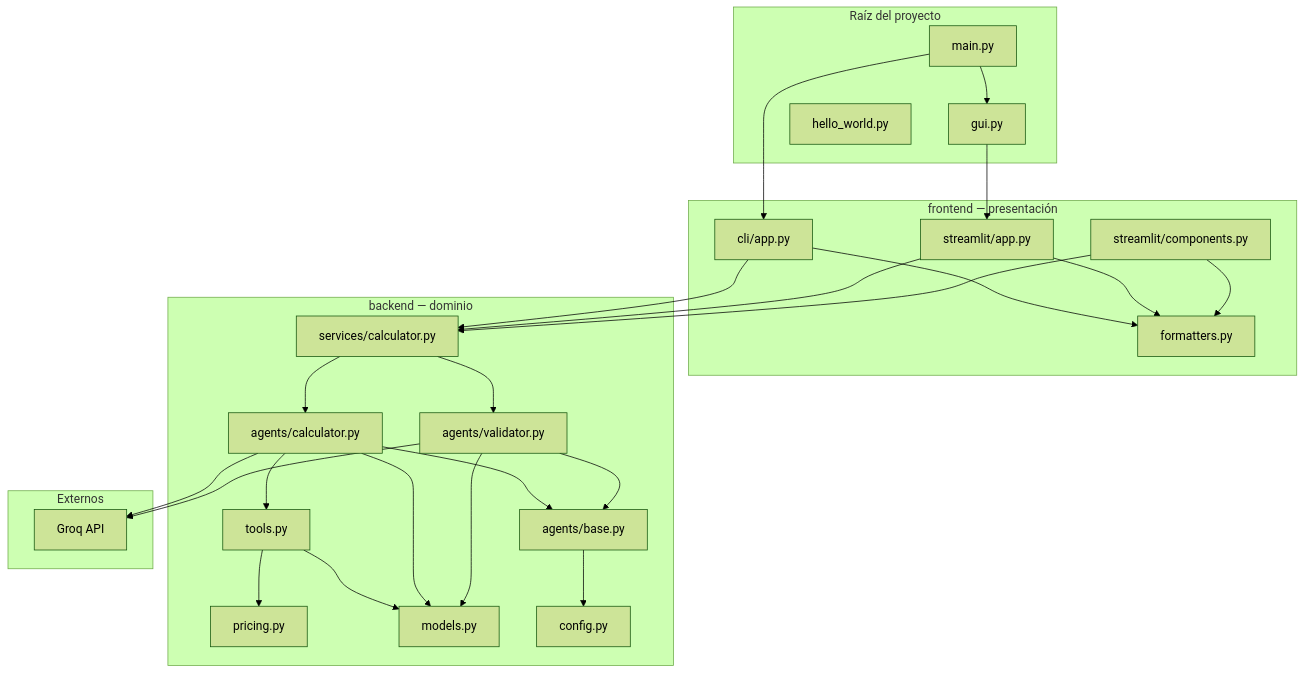
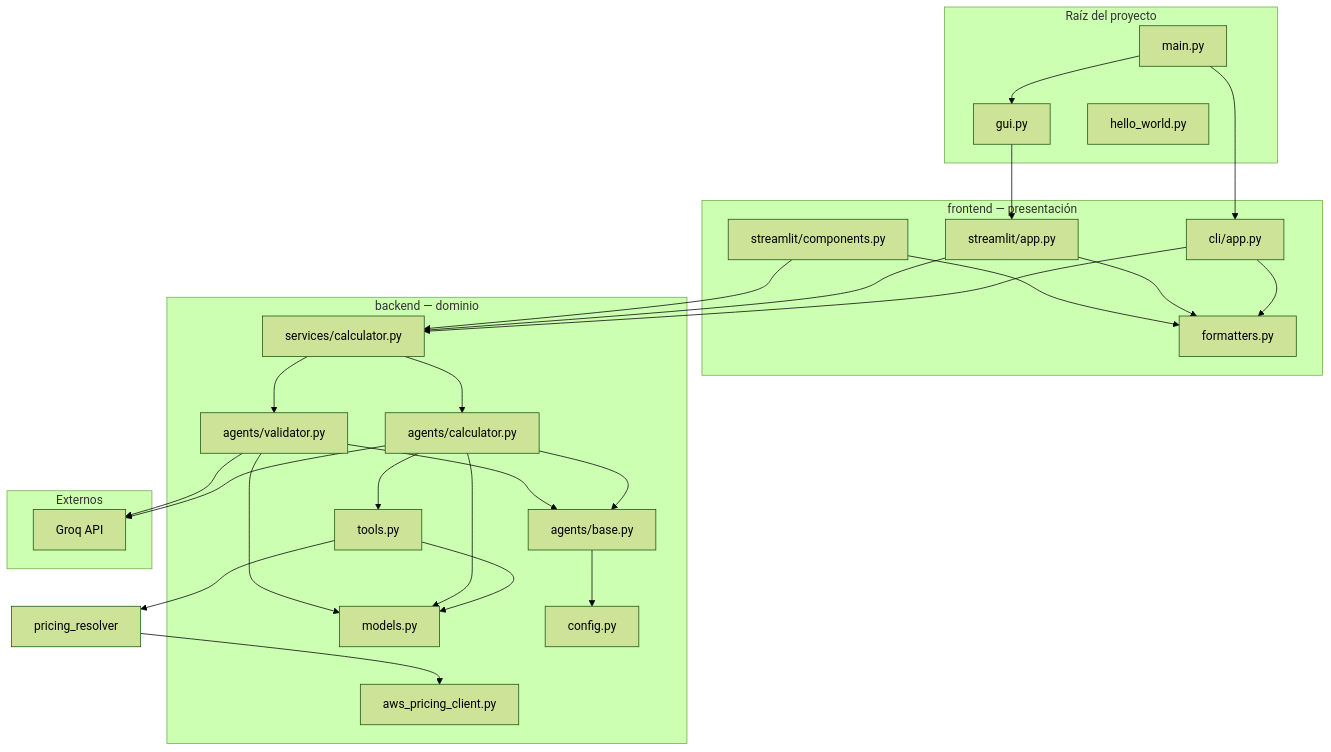
The first of 2 diagrams in README.md (camilosuarezmora/aws-human-assistant), drawn with Mermaid (forest theme) before and after one commit. The commit also changed other lines of this file and 13 other files, not shown here.

First line of the commit message:
Refactor AWS pricing functionality to use only live API data

````diff
--- a/README.md
+++ b/README.md
@@ -55,52 +55,53 @@
 ```mermaid
 flowchart TB
   subgraph root [Raíz del proyecto]
     main[main.py]
     gui[gui.py]
     hello[hello_world.py]
   end
 
   subgraph frontend_layer [frontend — presentación]
     fcli[cli/app.py]
     fst[streamlit/app.py]
     fcomp[streamlit/components.py]
     ffmt[formatters.py]
   end
 
   subgraph backend_layer [backend — dominio]
     svc[services/calculator.py]
     agt_calc[agents/calculator.py]
     agt_val[agents/validator.py]
     agt_base[agents/base.py]
     tools[tools.py]
-    pricing[pricing.py]
+    pricing[aws_pricing_client.py]
     models[models.py]
     config[config.py]
   end
 
   subgraph external [Externos]
     groq[Groq API]
   end
 
   main --> fcli
   main --> gui
   gui --> fst
   fcli --> svc
   fcli --> ffmt
   fst --> svc
   fst --> ffmt
   fcomp --> ffmt
   fcomp --> svc
   svc --> agt_val
   svc --> agt_calc
   agt_calc --> tools
   agt_calc --> agt_base
   agt_val --> agt_base
-  tools --> pricing
+  tools --> pricing_resolver
+  pricing_resolver --> pricing
   tools --> models
   agt_calc --> models
   agt_val --> models
   agt_base --> config
   agt_calc --> groq
   agt_val --> groq
 ```
````
